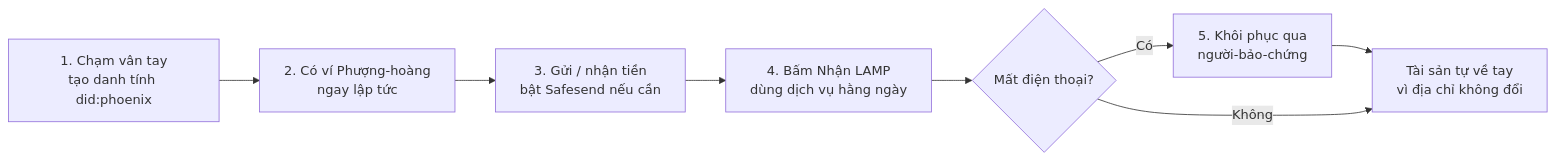
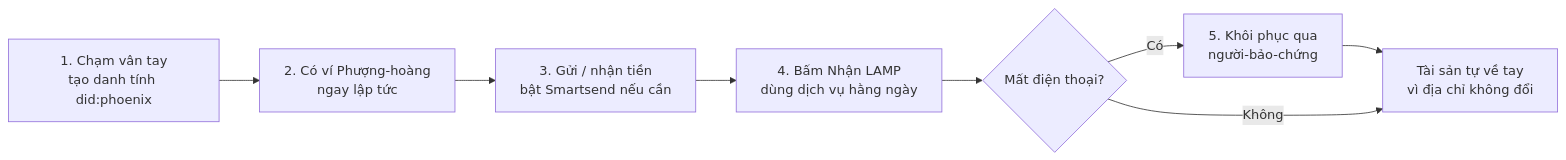
The second of 4 diagrams in PhoenixKey-Whitepaper.md (PhoenixKeyDID/PhoenixKey-Specs), drawn with Mermaid before and after one commit. The commit also changed other lines of this file and 27 other files, not shown here.

````diff
--- a/PhoenixKey-Whitepaper.md
+++ b/PhoenixKey-Whitepaper.md
@@ -109,10 +115,10 @@
 ```mermaid
 flowchart LR
     U1["1. Chạm vân tay<br/>tạo danh tính did:phoenix"] --> U2["2. Có ví Phượng-hoàng<br/>ngay lập tức"]
-    U2 --> U3["3. Gửi / nhận tiền<br/>bật Safesend nếu cần"]
+    U2 --> U3["3. Gửi / nhận tiền<br/>bật Smartsend nếu cần"]
     U3 --> U4["4. Bấm Nhận LAMP<br/>dùng dịch vụ hằng ngày"]
     U4 --> U5{"Mất điện thoại?"}
     U5 -->|Có| U6["5. Khôi phục qua<br/>người-bảo-chứng"]
     U6 --> U7["Tài sản tự về tay<br/>vì địa chỉ không đổi"]
     U5 -->|Không| U7
 ```
````
